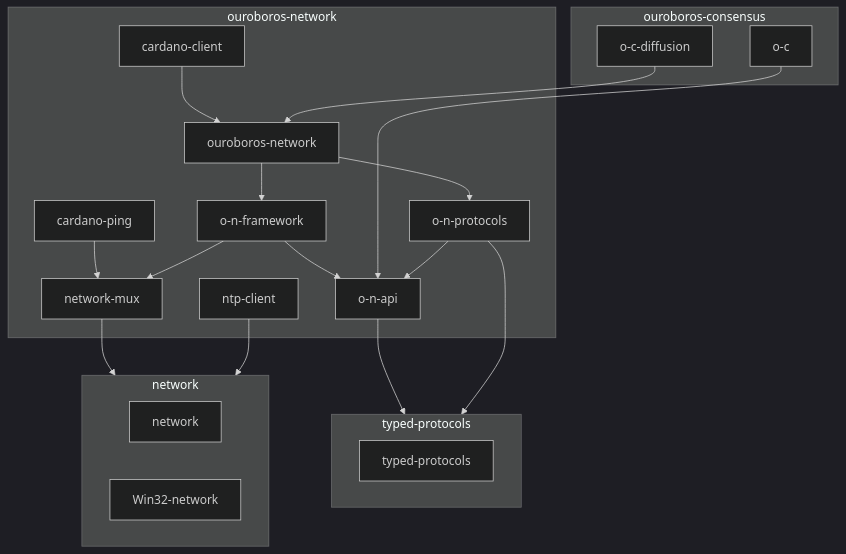
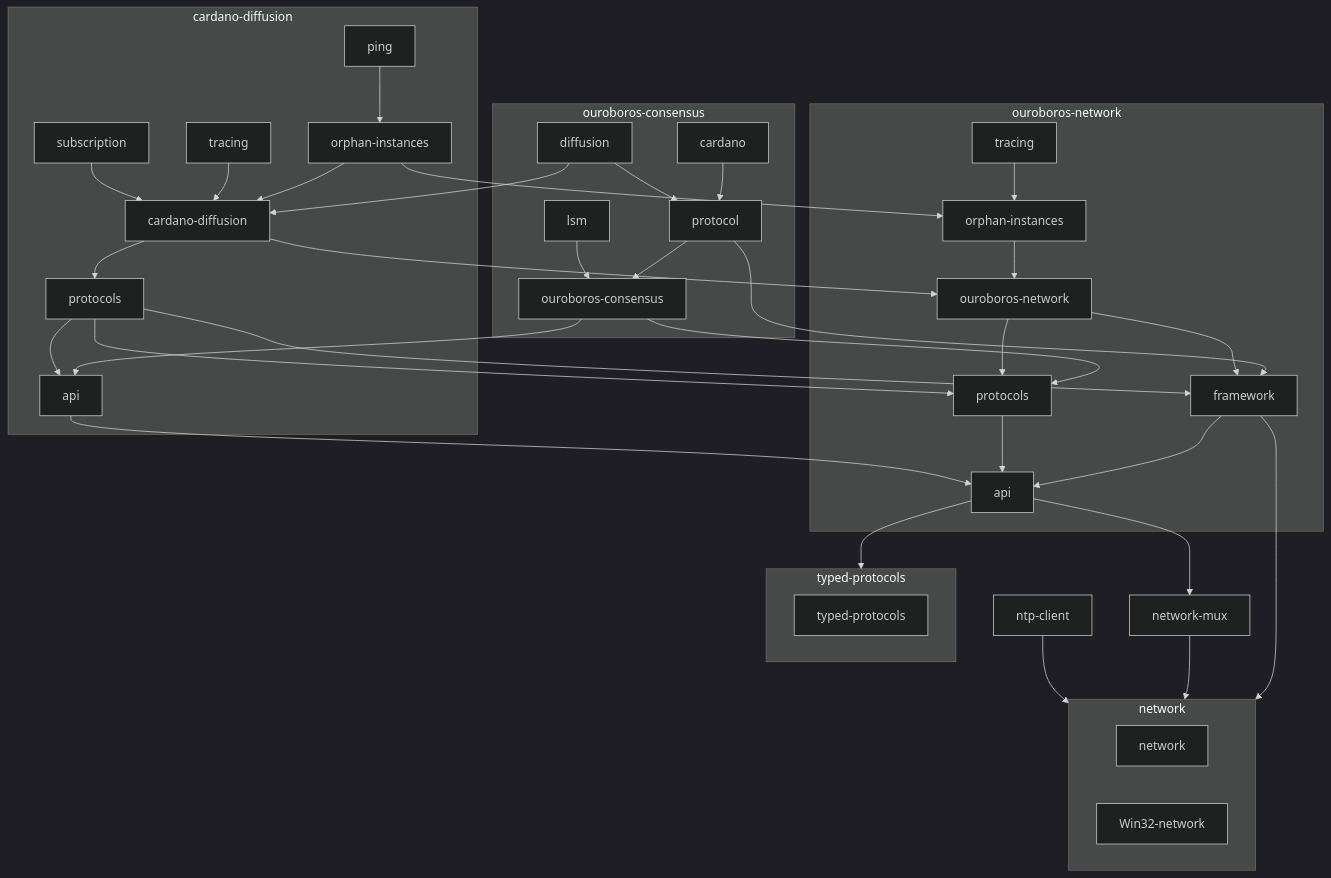
The diagram in README.md (IntersectMBO/ouroboros-network), drawn with Mermaid (dark theme) before and after one commit. The commit also changed other lines of this file, not shown here.

Commit message:
Dependency graph
I asked Claude to update the mermaid graph in the README.

````diff
--- a/README.md
+++ b/README.md
@@ -19,51 +24,108 @@
 ```mermaid
 flowchart TB
   subgraph ouroboros-consensus
-    I[o-c-diffusion]
-    L[o-c]
-    click I "https://github.com/intersectmbo/ouroboros-consensus/" _blank
-    click L "https://github.com/intersectmbo/ouroboros-consensus/" _blank
+    ocCardano[cardano]
+    ocProtocol[protocol]
+    ocMain[ouroboros-consensus]
+    ocDiffusion[diffusion]
+    ocLsm[lsm]
+
+    click ocCardano "https://github.com/intersectmbo/ouroboros-consensus/" _blank
+    click ocProtocol "https://github.com/intersectmbo/ouroboros-consensus/" _blank
+    click ocMain "https://github.com/intersectmbo/ouroboros-consensus/" _blank
+    click ocDiffusion "https://github.com/intersectmbo/ouroboros-consensus/" _blank
+    click ocLsm "https://github.com/intersectmbo/ouroboros-consensus/" _blank
   end
 
   subgraph ouroboros-network
-    M[cardano-ping]      --> A[network-mux]
-    D[o-n-framework]     --> A
-    D                    --> E[o-n-api]
-    F[ouroboros-network] --> D
-    F                    --> G[o-n-protocols]
-    J[cardano-client]    --> F
-    I                    --> F
-    L                    --> E
-    G                    --> E
-    K[ntp-client]
+    onApi[api]
+    onMain[ouroboros-network]
+    onFramework[framework]
+    onProtocols[protocols]
+    onTracing[tracing]
+    onOrphan[orphan-instances]
 
-    click A "https://ouroboros-network.cardano.intersectmbo.org/network-mux/" _blank
-    click M "https://ouroboros-network.cardano.intersectmbo.org/cardano-ping/" _blank
-    click D "https://ouroboros-network.cardano.intersectmbo.org/ouroboros-network-framework/" _blank
-    click E "https://ouroboros-network.cardano.intersectmbo.org/ouroboros-network-api/" _blank
-    click F "https://ouroboros-network.cardano.intersectmbo.org/ouroboros-network/" _blank
-    click G "https://ouroboros-network.cardano.intersectmbo.org/ouroboros-network-protocols/" _blank
-    click J "https://ouroboros-network.cardano.intersectmbo.org/cardano-client/" _blank
-    click K "https://ouroboros-network.cardano.intersectmbo.org/ntp-client/" _blank
+    click onApi "https://ouroboros-network.cardano.intersectmbo.org/ouroboros-network/api/" _blank
+    click onMain "https://ouroboros-network.cardano.intersectmbo.org/ouroboros-network/" _blank
+    click onFramework "https://ouroboros-network.cardano.intersectmbo.org/ouroboros-network/framework/" _blank
+    click onProtocols "https://ouroboros-network.cardano.intersectmbo.org/ouroboros-network/protocols/" _blank
+    click onTracing "https://ouroboros-network.cardano.intersectmbo.org/ouroboros-network/tracing/" _blank
+    click onOrphan "https://ouroboros-network.cardano.intersectmbo.org/ouroboros-network/orphan-instances/" _blank
   end
 
+  subgraph cardano-diffusion
+    cdApi[api]
+    cdMain[cardano-diffusion]
+    cdProtocols[protocols]
+    cdOrphan[orphan-instances]
+    cdTracing[tracing]
+    cdSubscription[subscription]
+    cdPing[ping]
+
+    click cdApi "https://ouroboros-network.cardano.intersectmbo.org/cardano-diffusion/api/" _blank
+    click cdMain "https://ouroboros-network.cardano.intersectmbo.org/cardano-diffusion/" _blank
+    click cdProtocols "https://ouroboros-network.cardano.intersectmbo.org/cardano-diffusion/protocols/" _blank
+    click cdOrphan "https://ouroboros-network.cardano.intersectmbo.org/cardano-diffusion/orphan-instances/" _blank
+    click cdTracing "https://ouroboros-network.cardano.intersectmbo.org/cardano-diffusion/tracing/" _blank
+    click cdSubscription "https://ouroboros-network.cardano.intersectmbo.org/cardano-diffusion/subscription/" _blank
+    click cdPing "https://ouroboros-network.cardano.intersectmbo.org/cardano-diffusion/ping/" _blank
+  end
+
+  networkMux[network-mux]
+  ntpClient[ntp-client]
+
+  click networkMux "https://ouroboros-network.cardano.intersectmbo.org/network-mux/" _blank
+  click ntpClient "https://ouroboros-network.cardano.intersectmbo.org/ntp-client/" _blank
+
   subgraph network
-    B[network]     
-    N[Win32-network]
+    net[network]
+    win32[Win32-network]
 
-    click B "https://hackage.haskell.org/package/network" _blank
-    click N "https://input-output-hk.github.io/typed-protocols" _blank
+    click net "https://hackage.haskell.org/package/network" _blank
+    click win32 "https://hackage.haskell.org/package/Win32-network" _blank
   end
 
   subgraph typed-protocols
-    H[typed-protocols]
+    tp[typed-protocols]
 
-    click H "https://github.com/input-output-hk/typed-protocols/" _blank
+    click tp "https://github.com/input-output-hk/typed-protocols/" _blank
   end
 
-  A --> network
-  K --> network
+  %% ouroboros-consensus
+  ocCardano --> ocProtocol
+  ocProtocol --> ocMain
+  ocProtocol --> onFramework
+  ocMain --> cdApi
+  ocMain --> onProtocols
+  ocLsm --> ocMain
+  ocDiffusion --> cdMain
+  ocDiffusion --> ocProtocol
 
-  E --> typed-protocols
-  G --> typed-protocols
+  %% ouroboros-network
+  onFramework --> onApi
+  onProtocols --> onApi
+  onMain --> onFramework
+  onMain --> onProtocols
+  onOrphan --> onMain
+  onTracing --> onOrphan
+  onApi --> networkMux
+
+  %% cardano-diffusion
+  cdApi --> onApi
+  cdProtocols --> cdApi
+  cdProtocols --> onFramework
+  cdProtocols --> onProtocols
+  cdMain --> cdProtocols
+  cdMain --> onMain
+  cdOrphan --> cdMain
+  cdOrphan --> onOrphan
+  cdTracing --> cdMain
+  cdSubscription --> cdMain
+  cdPing --> cdOrphan
+
+  %% external packages
+  onApi --> typed-protocols
+  onFramework --> network
+  networkMux --> network
+  ntpClient --> network
 ```
````
